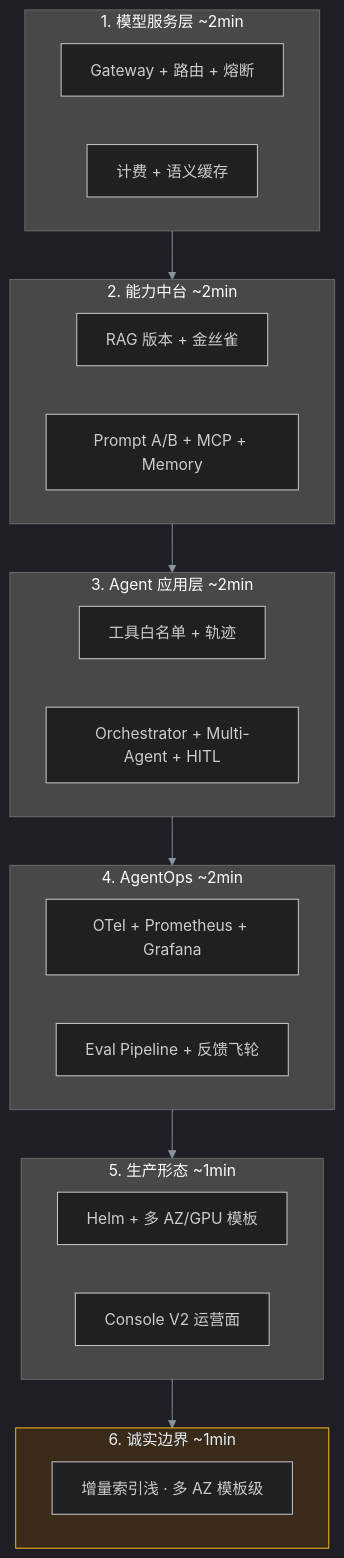
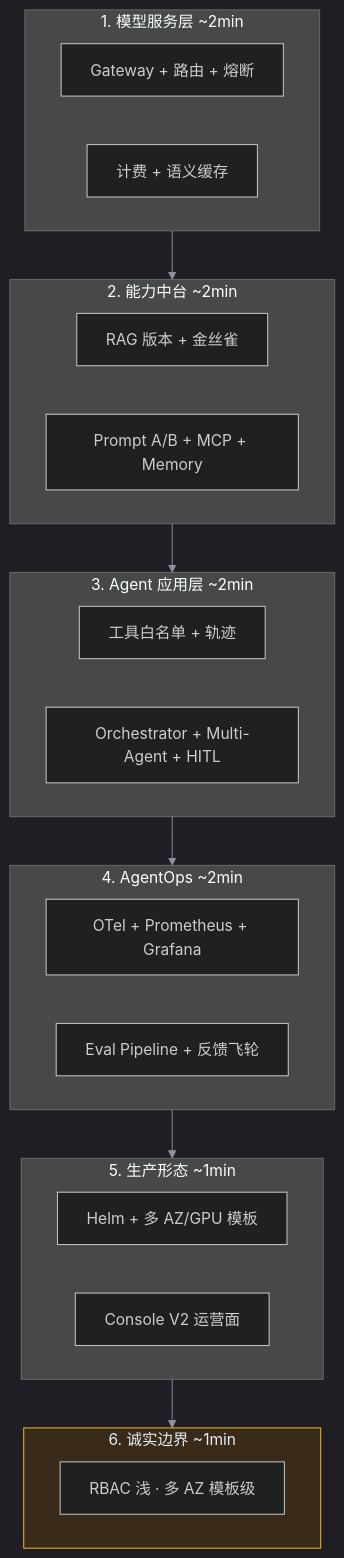
Before and after one commit to xingyun0812/ai-platform-lab: the diagram in docs/interview-narrative.md, drawn with Mermaid. The commit also changed other lines of this file and 4 other files, not shown here.

````diff
--- a/docs/interview-narrative.md
+++ b/docs/interview-narrative.md
@@ -16,31 +16,31 @@
 ```mermaid
 %%{init: {'theme': 'dark', 'themeVariables': { 'primaryColor': '#1e3a5f', 'primaryTextColor': '#e6edf3', 'primaryBorderColor': '#58a6ff', 'lineColor': '#8b949e'}}}%%
 flowchart TB
   subgraph L1["1. 模型服务层 ~2min"]
     G["Gateway + 路由 + 熔断"]
     B["计费 + 语义缓存"]
   end
   subgraph L2["2. 能力中台 ~2min"]
     R["RAG 版本 + 金丝雀"]
     P["Prompt A/B + MCP + Memory"]
   end
   subgraph L3["3. Agent 应用层 ~2min"]
     A["工具白名单 + 轨迹"]
     H["Orchestrator + Multi-Agent + HITL"]
   end
   subgraph L4["4. AgentOps ~2min"]
     O["OTel + Prometheus + Grafana"]
     E["Eval Pipeline + 反馈飞轮"]
   end
   subgraph L5["5. 生产形态 ~1min"]
     K["Helm + 多 AZ/GPU 模板"]
     C["Console V2 运营面"]
   end
   subgraph L6["6. 诚实边界 ~1min"]
-    X["增量索引浅 · 多 AZ 模板级"]
+    X["RBAC 浅 · 多 AZ 模板级"]
   end
 
   L1 --> L2 --> L3 --> L4 --> L5 --> L6
 
   style L6 fill:#3a2a1a,stroke:#fbbf24,color:#e6edf3
 ```
````
